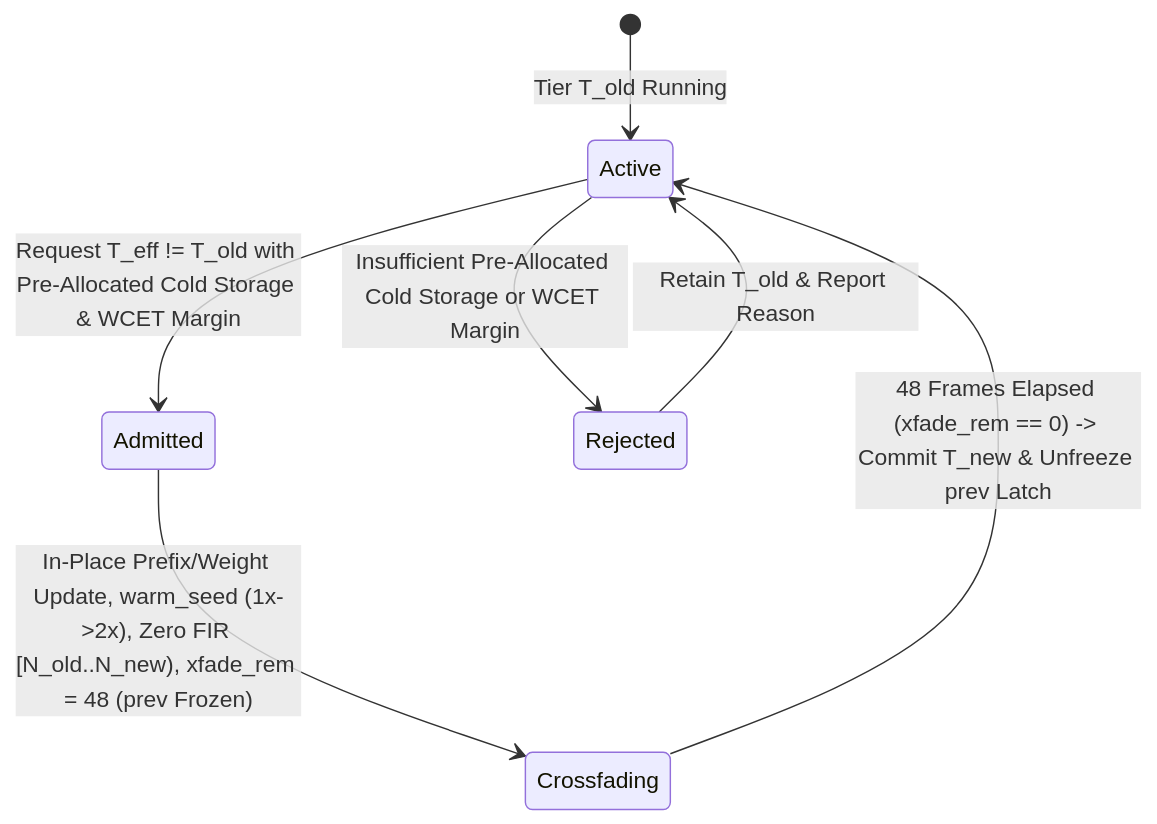
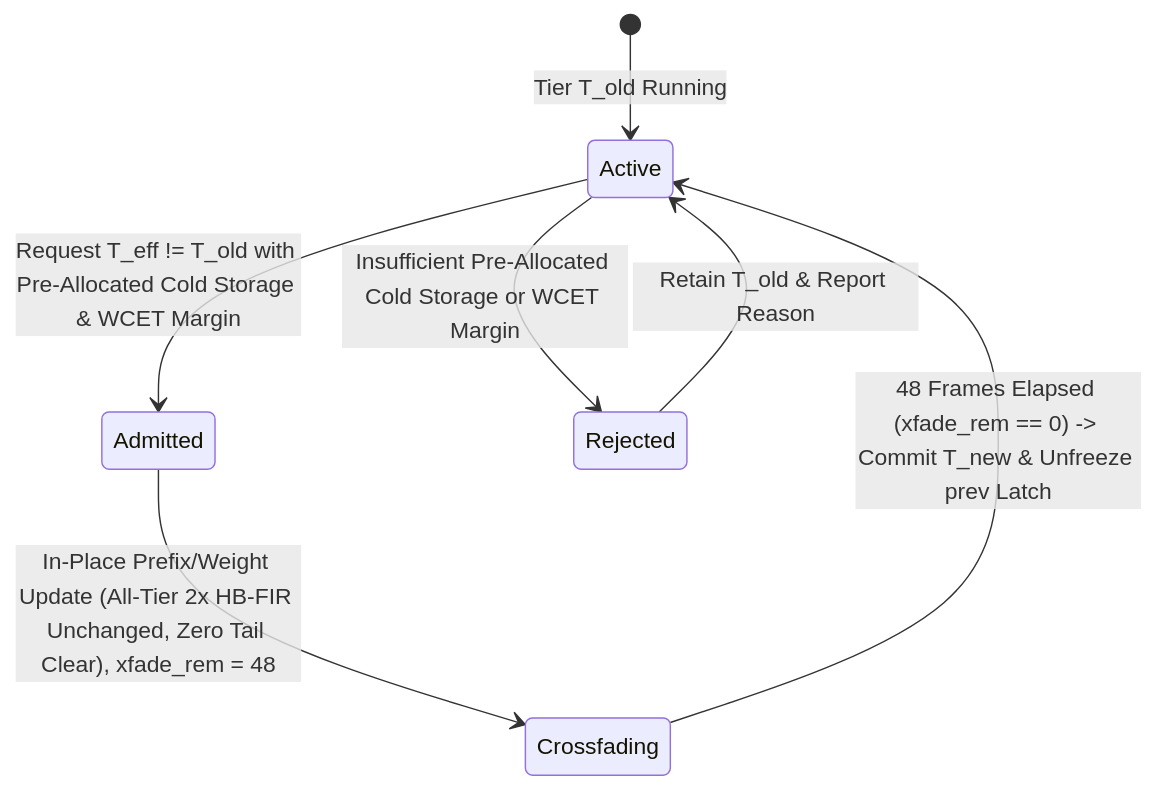
Before and after one commit to mokugen/dnam: the fifth of 7 diagrams in docs/specs/architecture/sona_architecture.md, drawn with Mermaid. The commit also changed other lines of this file and 8 other files, not shown here.

Commit message:
docs(specs): C1.2 update architecture and DSP specifications for SONA v4.0

````diff
--- a/docs/specs/architecture/sona_architecture.md
+++ b/docs/specs/architecture/sona_architecture.md
@@ -590,9 +555,9 @@
 ```mermaid
 stateDiagram-v2
     [*] --> Active: Tier T_old Running
     Active --> Admitted: Request T_eff != T_old with Pre-Allocated Cold Storage & WCET Margin
     Active --> Rejected: Insufficient Pre-Allocated Cold Storage or WCET Margin
-    Admitted --> Crossfading: In-Place Prefix/Weight Update, warm_seed (1x->2x), Zero FIR [N_old..N_new), xfade_rem = 48 (prev Frozen)
+    Admitted --> Crossfading: In-Place Prefix/Weight Update (All-Tier 2x HB-FIR Unchanged, Zero Tail Clear), xfade_rem = 48
     Crossfading --> Active: 48 Frames Elapsed (xfade_rem == 0) -> Commit T_new & Unfreeze prev Latch
     Rejected --> Active: Retain T_old & Report Reason
 ```
````
